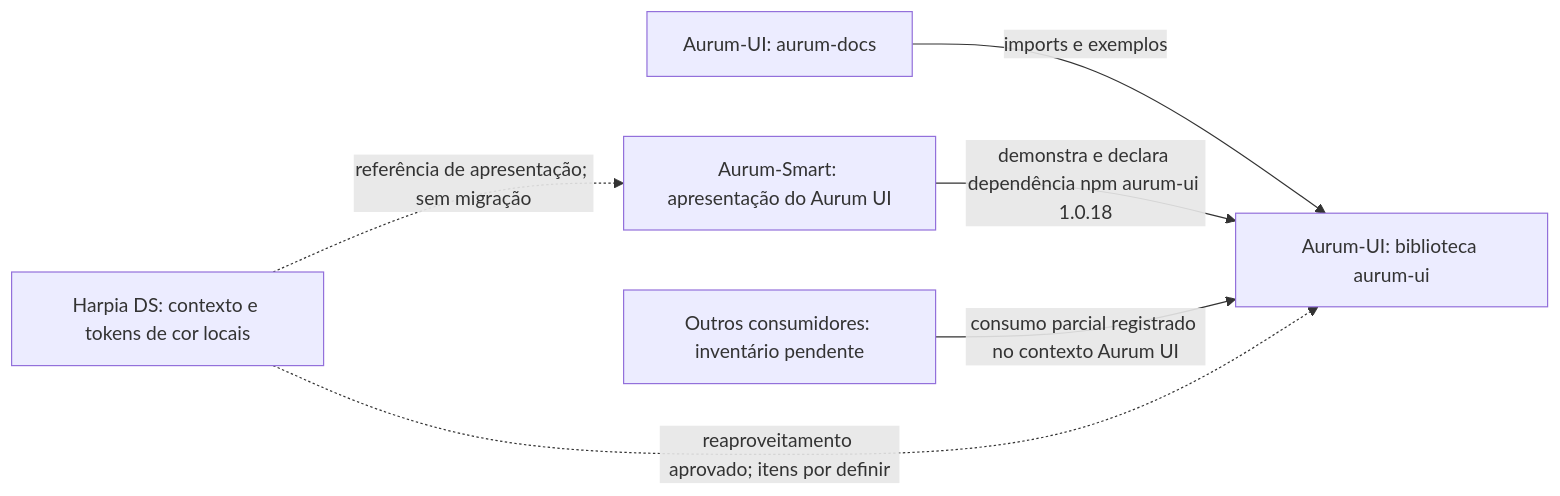
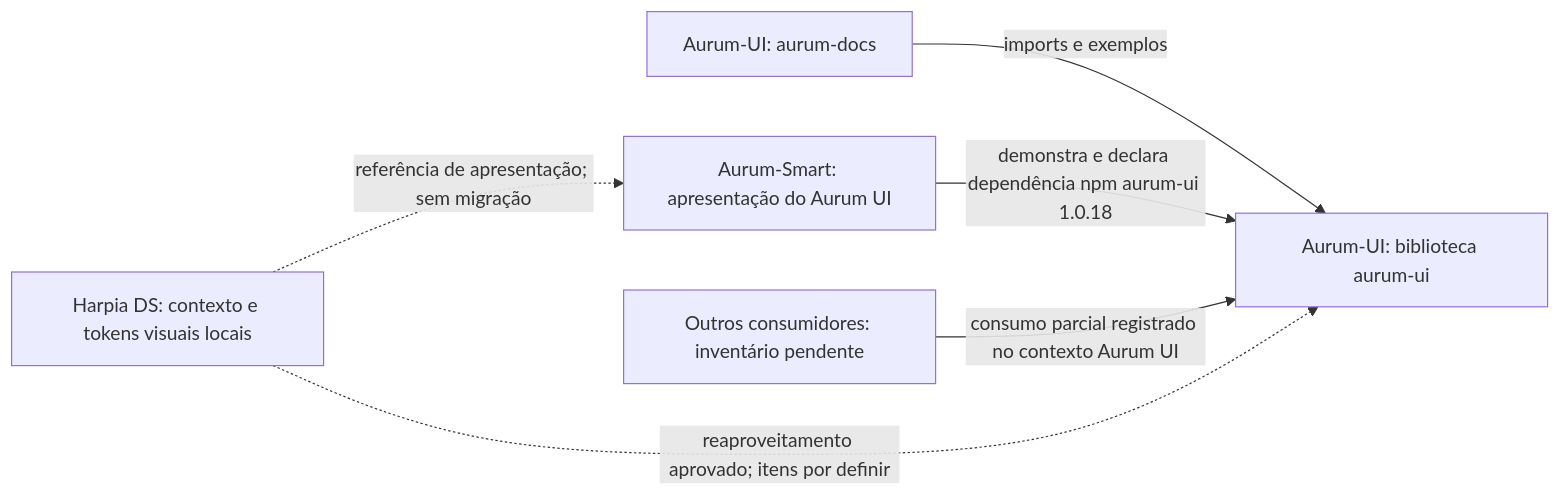
One commit to rysecodebr/harpia-ds changed the first of 2 diagrams in docs/context/graph.md. Above: the diagram before and after it, drawn with Mermaid. The commit also changed 12 other files, not shown here.

````diff
--- a/docs/context/graph.md
+++ b/docs/context/graph.md
@@ -5,14 +5,14 @@
 ```mermaid
 flowchart LR
     AurumUI["Aurum-UI: biblioteca aurum-ui"]
     AurumDocs["Aurum-UI: aurum-docs"]
     Smart["Aurum-Smart: apresentação do Aurum UI"]
-    Harpia["Harpia DS: contexto e tokens de cor locais"]
+    Harpia["Harpia DS: contexto e tokens visuais locais"]
     Consumers["Outros consumidores: inventário pendente"]
 
     AurumDocs -->|imports e exemplos| AurumUI
     Smart -->|demonstra e declara dependência npm aurum-ui 1.0.18| AurumUI
     Consumers -->|consumo parcial registrado no contexto Aurum UI| AurumUI
     Harpia -.->|reaproveitamento aprovado; itens por definir| AurumUI
     Harpia -.->|referência de apresentação; sem migração| Smart
 ```
````
